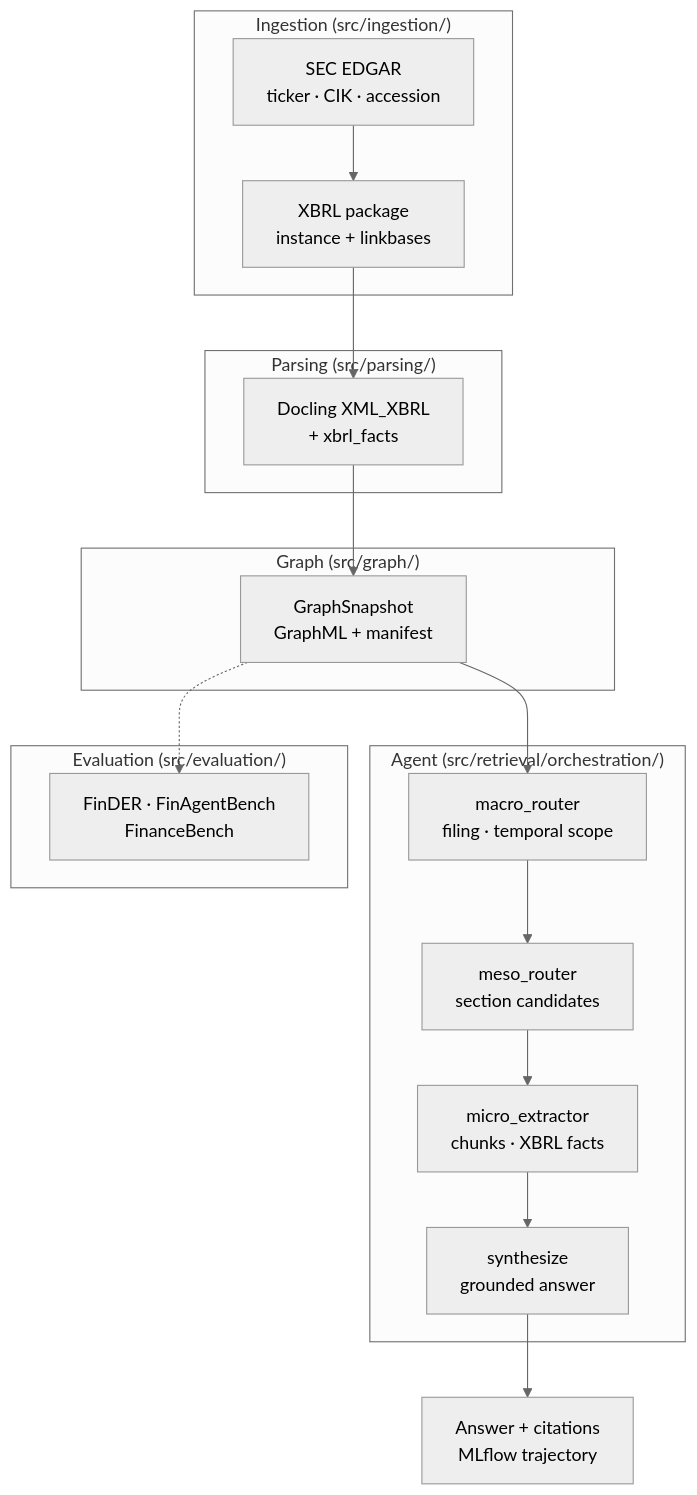
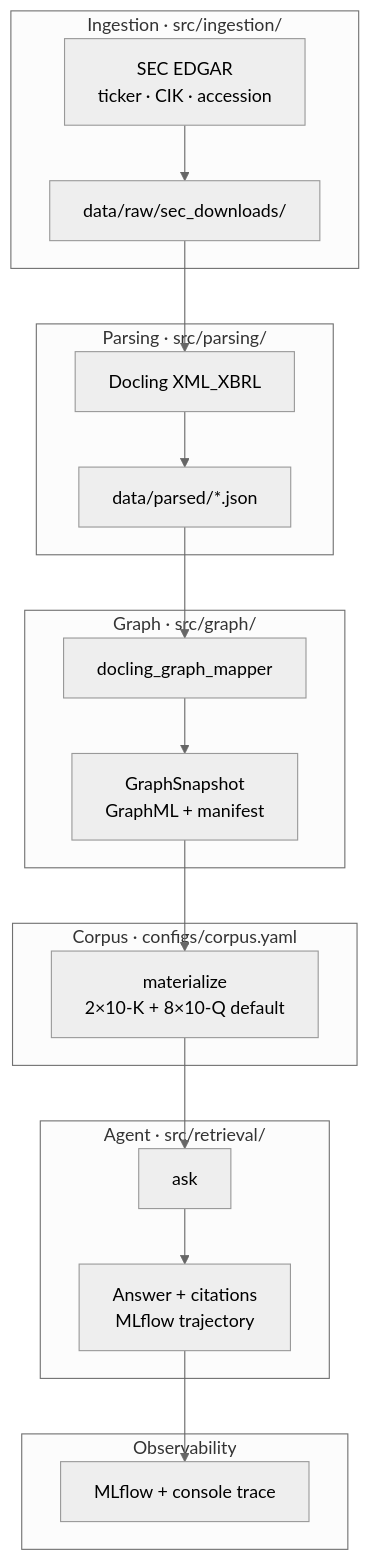
The second of 3 diagrams in README.md (caldeirav/agentic-graphrag-finance), drawn with Mermaid (neutral theme) before and after one commit. The commit also changed other lines of this file, not shown here.

First line of the commit message:
Improve README with quick start, Docling docs, and live examples.

````diff
--- a/README.md
+++ b/README.md
@@ -36,35 +146,36 @@
 ```mermaid
 flowchart TB
-    subgraph ingest ["Ingestion (src/ingestion/)"]
+    subgraph ingest ["Ingestion · src/ingestion/"]
         EDGAR["SEC EDGAR<br/>ticker · CIK · accession"]
-        XBRL["XBRL package<br/>instance + linkbases"]
-        EDGAR --> XBRL
+        CACHE["data/raw/sec_downloads/"]
+        EDGAR --> CACHE
     end
 
-    subgraph parse ["Parsing (src/parsing/)"]
-        Docling["Docling XML_XBRL<br/>+ xbrl_facts"]
-        XBRL --> Docling
+    subgraph parse ["Parsing · src/parsing/"]
+        DL["Docling XML_XBRL"]
+        PARSED["data/parsed/*.json"]
+        CACHE --> DL --> PARSED
     end
 
-    subgraph graph ["Graph (src/graph/)"]
-        Snap["GraphSnapshot<br/>GraphML + manifest"]
-        Docling --> Snap
+    subgraph graph ["Graph · src/graph/"]
+        MAP["docling_graph_mapper"]
+        SNAP["GraphSnapshot<br/>GraphML + manifest"]
+        PARSED --> MAP --> SNAP
     end
 
-    subgraph agent ["Agent (src/retrieval/orchestration/)"]
-        M["macro_router<br/>filing · temporal scope"]
-        Me["meso_router<br/>section candidates"]
-        Mi["micro_extractor<br/>chunks · XBRL facts"]
-        S["synthesize<br/>grounded answer"]
-        M --> Me --> Mi --> S
+    subgraph corpus ["Corpus · configs/corpus.yaml"]
+        MAT["materialize<br/>2×10-K + 8×10-Q default"]
+        SNAP --> MAT
     end
 
-    Snap --> M
-    S --> Out["Answer + citations<br/>MLflow trajectory"]
-
-    subgraph eval ["Evaluation (src/evaluation/)"]
-        Bench["FinDER · FinAgentBench<br/>FinanceBench"]
+    subgraph agent ["Agent · src/retrieval/"]
+        ASK["ask"]
+        MAT --> ASK
+        ASK --> OUT["Answer + citations<br/>MLflow trajectory"]
     end
 
-    Snap -.-> Bench
+    subgraph observe ["Observability"]
+        MLF["MLflow + console trace"]
+        OUT --> MLF
+    end
 ```
````
